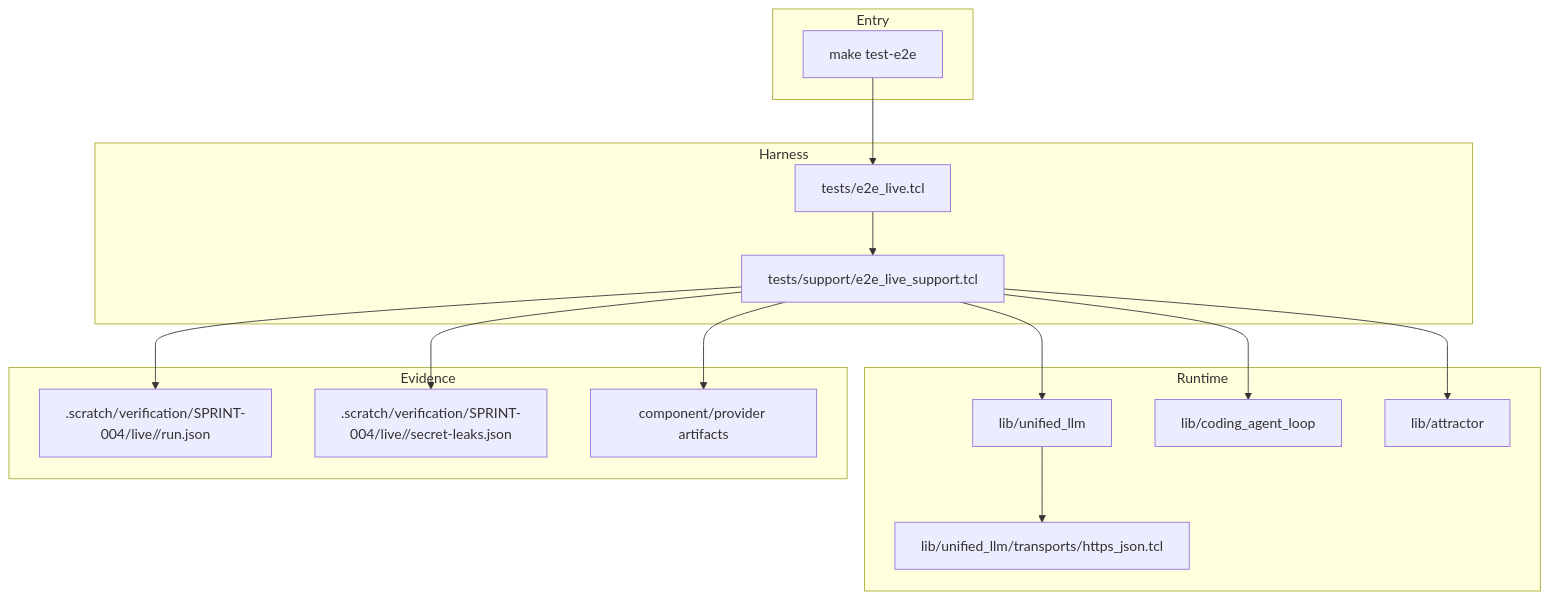
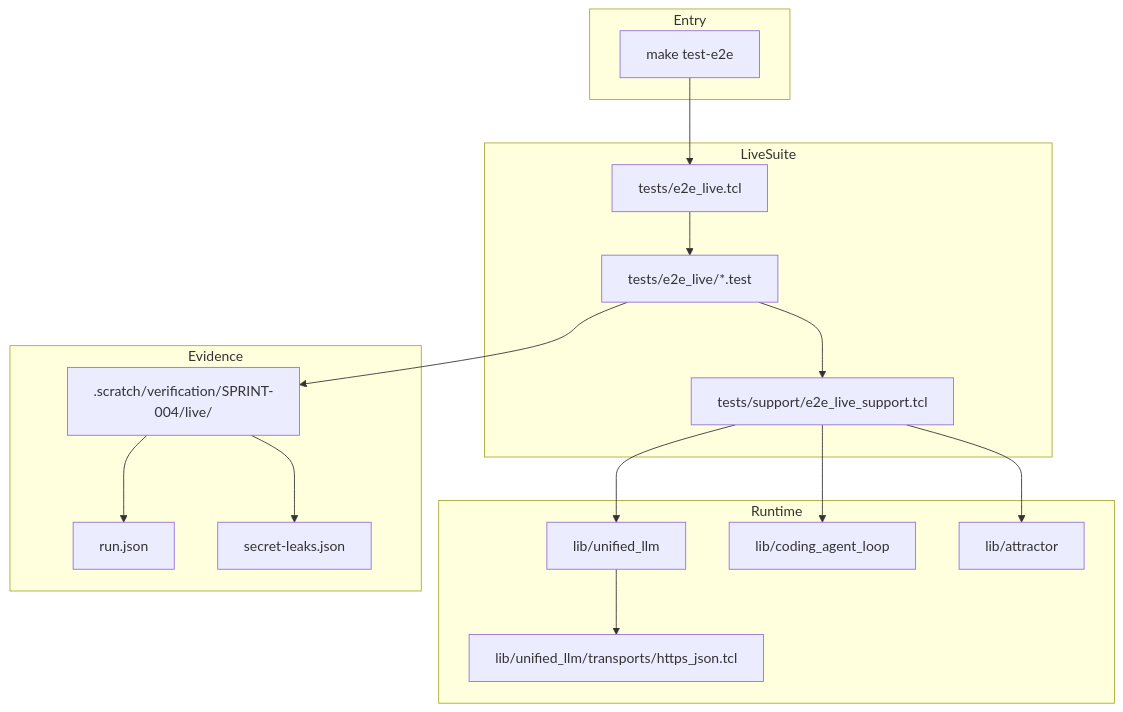
The fifth of 5 diagrams in docs/sprints/SPRINT-004-comprehensive-implementation-plan.md (jaytaylor/attractor-tcl), drawn with Mermaid before and after one commit. The commit also changed other lines of this file, not shown here.

Commit message:
docs: reset sprint 004 comprehensive plan to executable checklist

````diff
--- a/docs/sprints/SPRINT-004-comprehensive-implementation-plan.md
+++ b/docs/sprints/SPRINT-004-comprehensive-implementation-plan.md
@@ -550,32 +588,36 @@
 ```mermaid
-%% Source: .scratch/diagrams/sprint-004/implementation-plan/arch.mmd
 flowchart TB
   subgraph Entry
     MAKE[make test-e2e]
   end
-  subgraph Harness
-    H[tests/e2e_live.tcl]
-    S[tests/support/e2e_live_support.tcl]
-  end
-  subgraph Runtime
-    U[lib/unified_llm]
-    T[lib/unified_llm/transports/https_json.tcl]
-    C[lib/coding_agent_loop]
-    A[lib/attractor]
-  end
-  subgraph Evidence
-    R[.scratch/verification/SPRINT-004/live/<run_id>/run.json]
-    L[.scratch/verification/SPRINT-004/live/<run_id>/secret-leaks.json]
-    P[component/provider artifacts]
+
+  subgraph LiveSuite
+    HARNESS[tests/e2e_live.tcl]
+    LIVE_TESTS[tests/e2e_live/*.test]
+    LIVE_SUPPORT[tests/support/e2e_live_support.tcl]
   end
 
-  MAKE --> H
-  H --> S
-  S --> U
-  S --> C
-  S --> A
-  U --> T
-  S --> R
-  S --> L
-  S --> P
+  subgraph Runtime
+    ULLM[lib/unified_llm]
+    TRANSPORT[lib/unified_llm/transports/https_json.tcl]
+    CAL[lib/coding_agent_loop]
+    ATR[lib/attractor]
+  end
+
+  subgraph Evidence
+    RUNROOT[.scratch/verification/SPRINT-004/live/<run_id>]
+    RUNJSON[run.json]
+    LEAKS[secret-leaks.json]
+  end
+
+  MAKE --> HARNESS
+  HARNESS --> LIVE_TESTS
+  LIVE_TESTS --> LIVE_SUPPORT
+  LIVE_SUPPORT --> ULLM
+  ULLM --> TRANSPORT
+  LIVE_SUPPORT --> CAL
+  LIVE_SUPPORT --> ATR
+  LIVE_TESTS --> RUNROOT
+  RUNROOT --> RUNJSON
+  RUNROOT --> LEAKS
 ```
````
